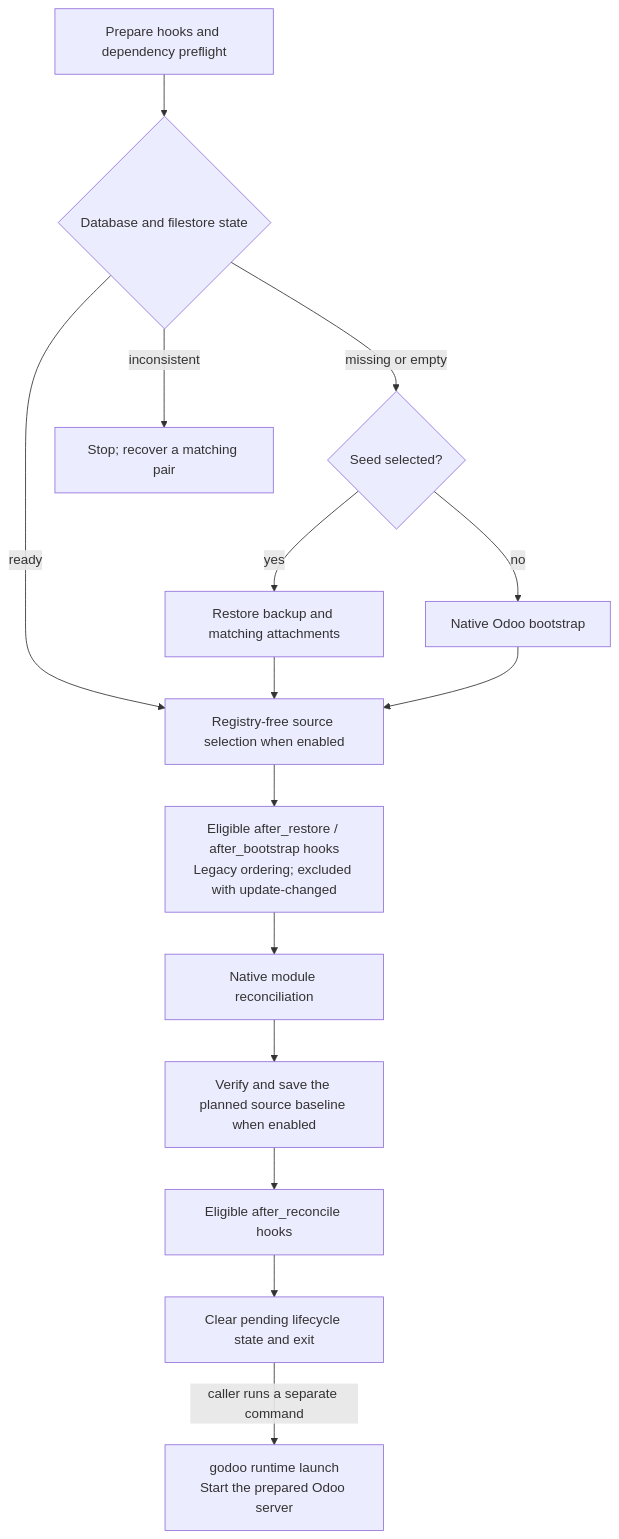
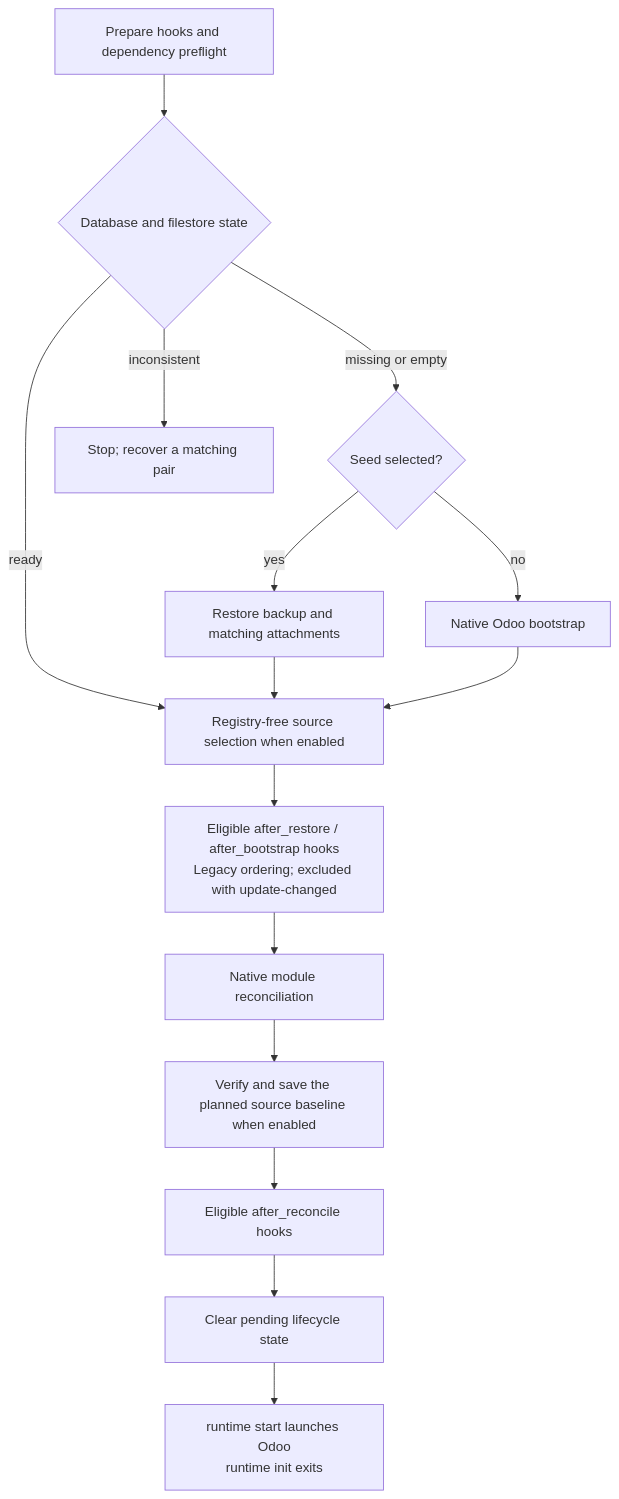
One commit to OpenJKSoftware/gOdoo changed the first of 3 diagrams in docs/lifecycle.md. Above: the diagram before and after it, drawn with Mermaid. The commit also changed other lines of this file and 16 other files, not shown here.

First line of the commit message:
✨ Runtime: initialize before launching the server

````diff
--- a/docs/lifecycle.md
+++ b/docs/lifecycle.md
@@ -38,17 +43,17 @@
 ```mermaid
 flowchart TD
     Prepare["Prepare hooks and dependency preflight"] --> State{"Database and filestore state"}
     State -->|ready| Plan["Registry-free source selection when enabled"]
     State -->|missing or empty| Seed{"Seed selected?"}
     State -->|inconsistent| Stop["Stop; recover a matching pair"]
     Seed -->|yes| Restore["Restore backup and matching attachments"]
     Seed -->|no| Bootstrap["Native Odoo bootstrap"]
     Restore --> Plan
     Bootstrap --> Plan
     Plan --> OutcomeHooks["Eligible after_restore / after_bootstrap hooks<br/>Legacy ordering; excluded with update-changed"]
     OutcomeHooks --> Reconcile["Native module reconciliation"]
     Reconcile --> Baseline["Verify and save the planned source baseline when enabled"]
     Baseline --> Finalize["Eligible after_reconcile hooks"]
-    Finalize --> Ready["Clear pending lifecycle state and exit"]
-    Ready -->|caller runs a separate command| Launch["godoo runtime launch<br/>Start the prepared Odoo server"]
+    Finalize --> Ready["Clear pending lifecycle state"]
+    Ready --> Launch["runtime start launches Odoo<br/>runtime init exits"]
 ```
````
